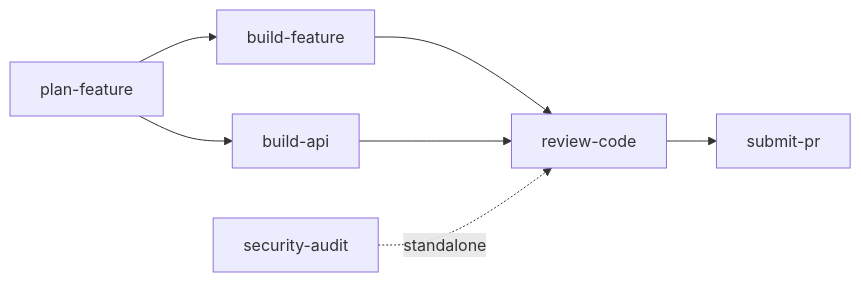
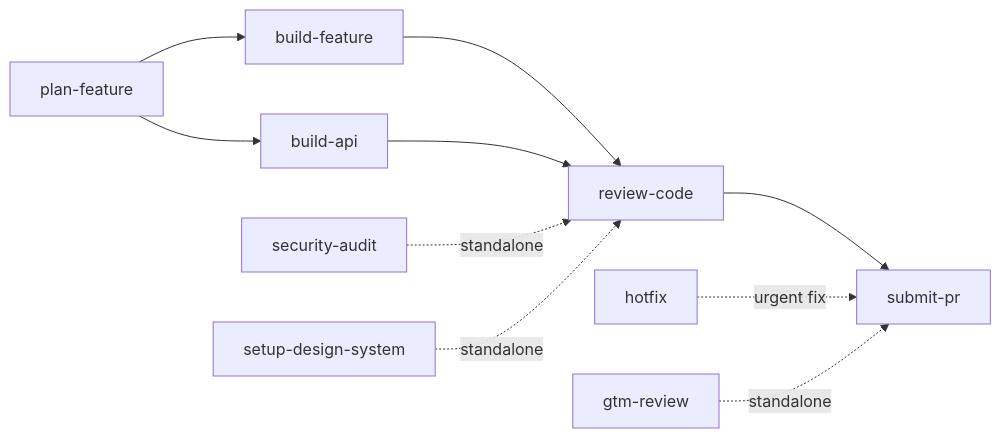
One commit to andrewvaughan/agent-council changed the diagram in docs/SKILLS-REFERENCE.md. Above: the diagram before and after it, drawn with Mermaid. The commit also changed other lines of this file and 1 other file, not shown here.

First line of the commit message:
docs: add hotfix/gtm-review/setup-design-system and fix plugin install instructions

````diff
--- a/docs/SKILLS-REFERENCE.md
+++ b/docs/SKILLS-REFERENCE.md
@@ -12,9 +12,12 @@
 ```mermaid
 graph LR
     A[plan-feature] --> B[build-feature]
     A --> C[build-api]
     B --> D[review-code]
     C --> D
     D --> E[submit-pr]
     F[security-audit] -.-> |standalone| D
+    G[hotfix] -.-> |urgent fix| E
+    H[setup-design-system] -.-> |standalone| D
+    I[gtm-review] -.-> |standalone| E
 ```
````
